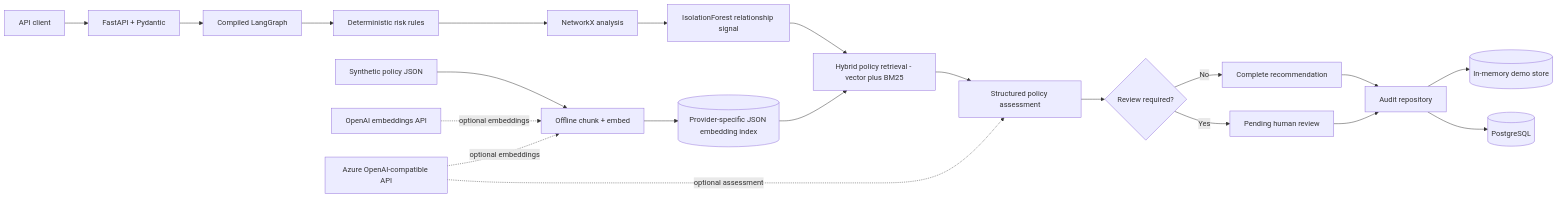
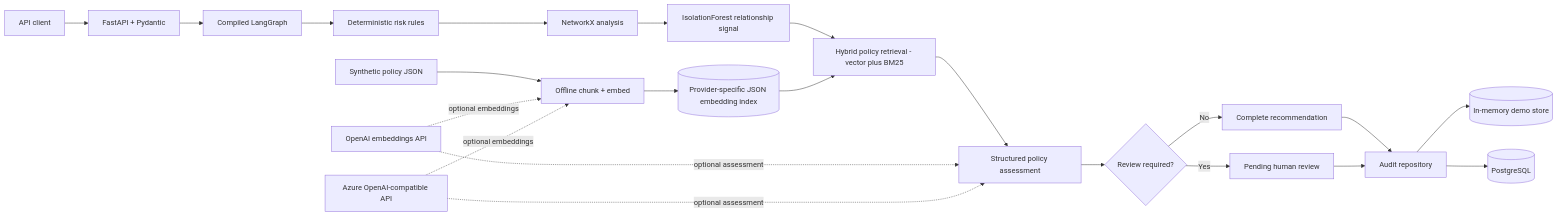
One commit to joffie89/agentic-fincrime-investigation changed the diagram in README.md. Above: the diagram before and after it, drawn with Mermaid. The commit also changed other lines of this file and 7 other files, not shown here.

Commit message:
Add OpenAI policy assessment with structured output, citation allow-list and safe fallback

````diff
--- a/README.md
+++ b/README.md
@@ -35,23 +35,24 @@
 ```mermaid
 flowchart LR
     Client[API client] --> API[FastAPI + Pydantic]
     API --> LG[Compiled LangGraph]
     LG --> Risk[Deterministic risk rules]
     Risk --> Graph[NetworkX analysis]
     Graph --> Anomaly[IsolationForest relationship signal]
     Anomaly --> Retrieve[Hybrid policy retrieval - vector plus BM25]
     Retrieve --> Assess[Structured policy assessment]
     Assess --> Route{Review required?}
     Route -->|No| Complete[Complete recommendation]
     Route -->|Yes| Human[Pending human review]
     Complete --> Audit[Audit repository]
     Human --> Audit
     Audit --> Memory[(In-memory demo store)]
     Audit --> Postgres[(PostgreSQL)]
     Policies[Synthetic policy JSON] --> Ingest[Offline chunk + embed]
     Ingest --> Index[(Provider-specific JSON embedding index)]
     Index --> Retrieve
     OpenAI[OpenAI embeddings API] -. optional embeddings .-> Ingest
+    OpenAI -. optional assessment .-> Assess
     Azure[Azure OpenAI-compatible API] -. optional assessment .-> Assess
     Azure -. optional embeddings .-> Ingest
 ```
````
